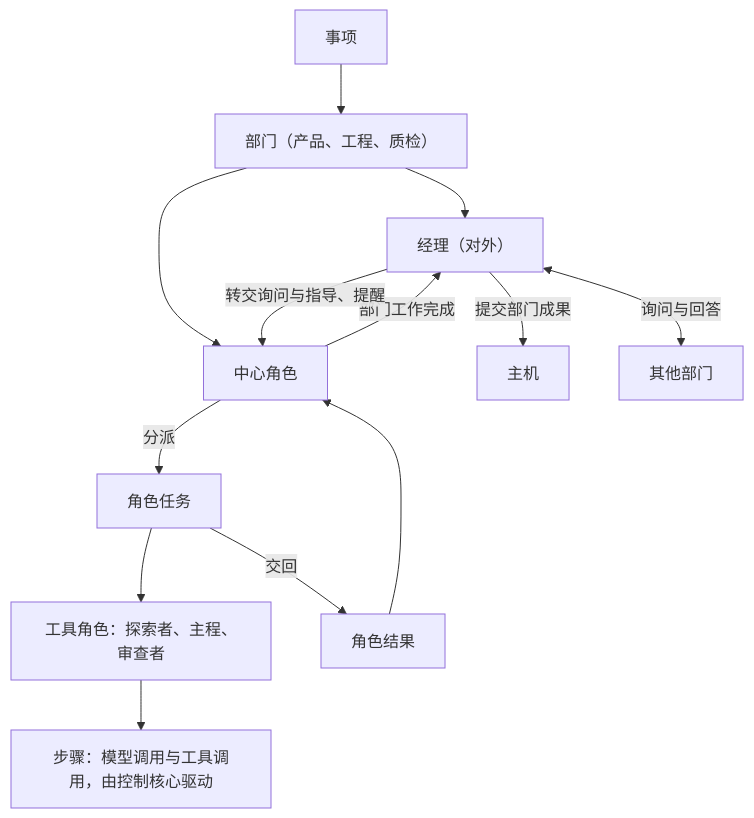
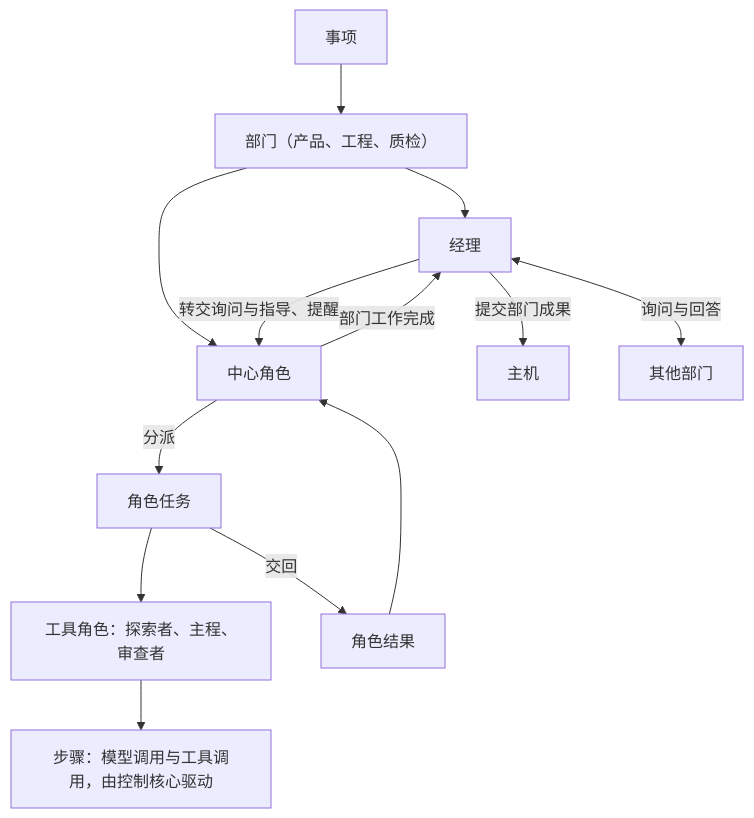
Before and after one commit to bender2333/yudao: the first of 4 diagrams in docs/design/department-roles.md, drawn with Mermaid. The commit also changed other lines of this file and 10 other files, not shown here.

````diff
--- a/docs/design/department-roles.md
+++ b/docs/design/department-roles.md
@@ -53,15 +53,15 @@
 ```mermaid
 flowchart TB
   Run["事项"] --> Dept["部门（产品、工程、质检）"]
-  Dept --> Mgr["经理（对外）"]
+  Dept --> Mgr["经理"]
   Dept --> Center["中心角色"]
   Center -->|"分派"| Task["角色任务"]
   Task --> Tool["工具角色：探索者、主程、审查者"]
   Tool --> Step["步骤：模型调用与工具调用，由控制核心驱动"]
   Task -->|"交回"| Result["角色结果"]
   Result --> Center
   Center -->|"部门工作完成"| Mgr
   Mgr -->|"提交部门成果"| Host["主机"]
   Mgr <-->|"询问与回答"| Other["其他部门"]
   Mgr -->|"转交询问与指导、提醒"| Center
 ```
````
